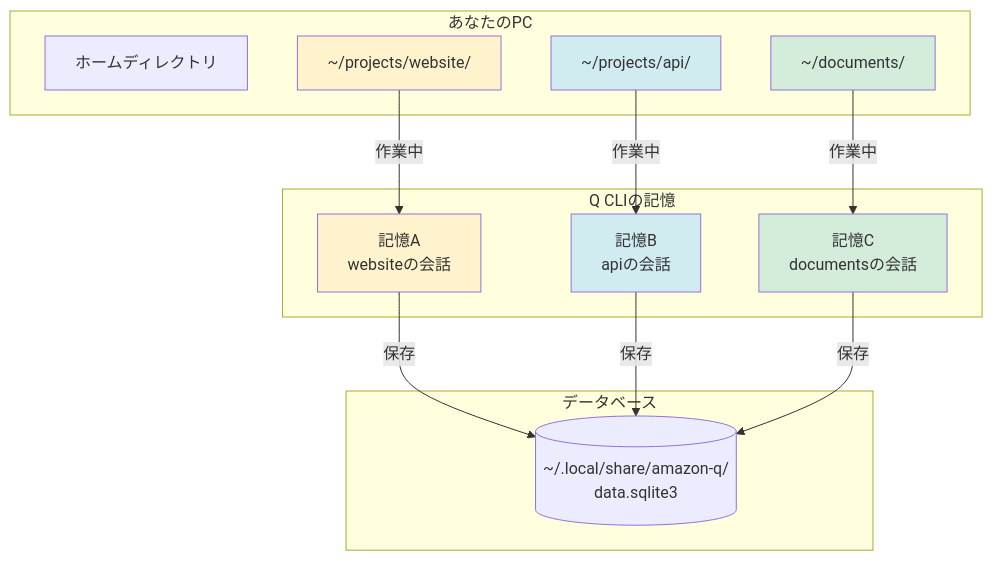
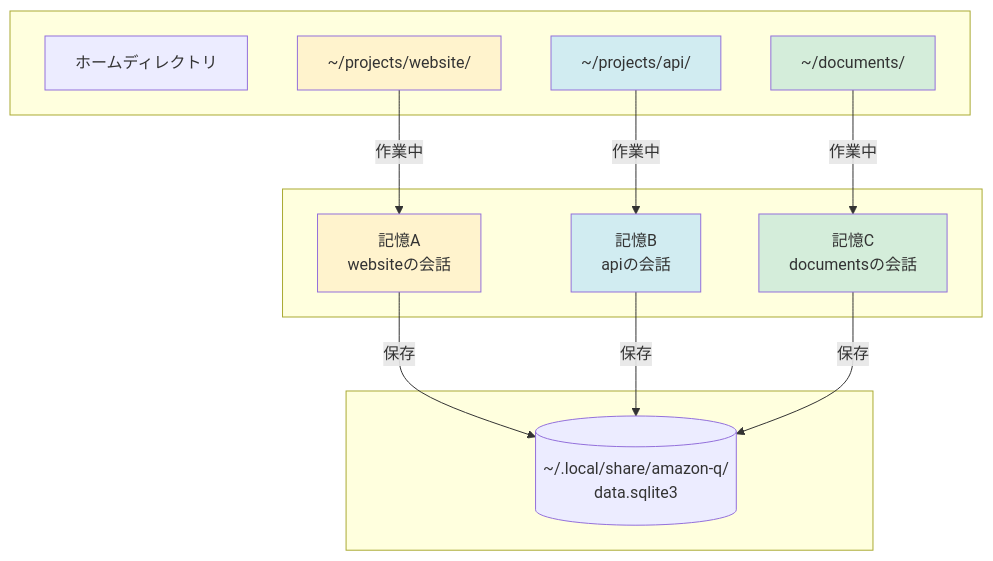
The third of 6 diagrams in docs/01_for-users/08_guides/09_memory-management.md (kamogashira-sys/q-cli-docs), drawn with Mermaid before and after one commit. The commit also changed other lines of this file, not shown here.

First line of the commit message:
fix: correct Mermaid diagram syntax in memory management guide

````diff
--- a/docs/01_for-users/08_guides/09_memory-management.md
+++ b/docs/01_for-users/08_guides/09_memory-management.md
@@ -129,34 +129,34 @@
 ```mermaid
 graph TB
-    subgraph "あなたのPC"
+    subgraph pc[" "]
         Home[ホームディレクトリ]
         ProjectA[~/projects/website/]
         ProjectB[~/projects/api/]
         ProjectC[~/documents/]
     end
     
-    subgraph "Q CLIの記憶"
+    subgraph memory[" "]
         MemA[記憶A<br/>websiteの会話]
         MemB[記憶B<br/>apiの会話]
         MemC[記憶C<br/>documentsの会話]
     end
     
-    subgraph "データベース"
+    subgraph database[" "]
         DB[(~/.local/share/amazon-q/<br/>data.sqlite3)]
     end
     
     ProjectA -->|作業中| MemA
     ProjectB -->|作業中| MemB
     ProjectC -->|作業中| MemC
     
     MemA -->|保存| DB
     MemB -->|保存| DB
     MemC -->|保存| DB
     
     style ProjectA fill:#fff3cd
     style ProjectB fill:#d1ecf1
     style ProjectC fill:#d4edda
     style MemA fill:#fff3cd
     style MemB fill:#d1ecf1
     style MemC fill:#d4edda
 ```
````
